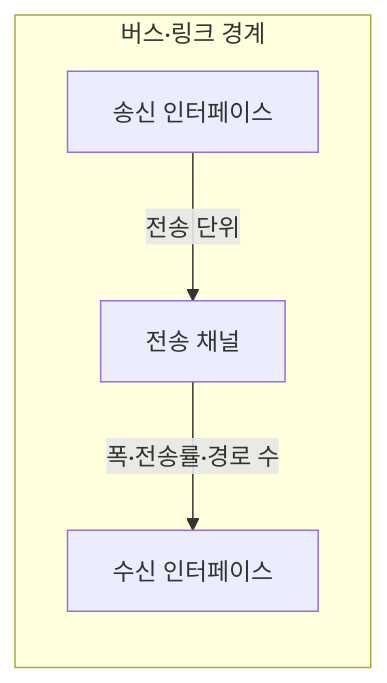
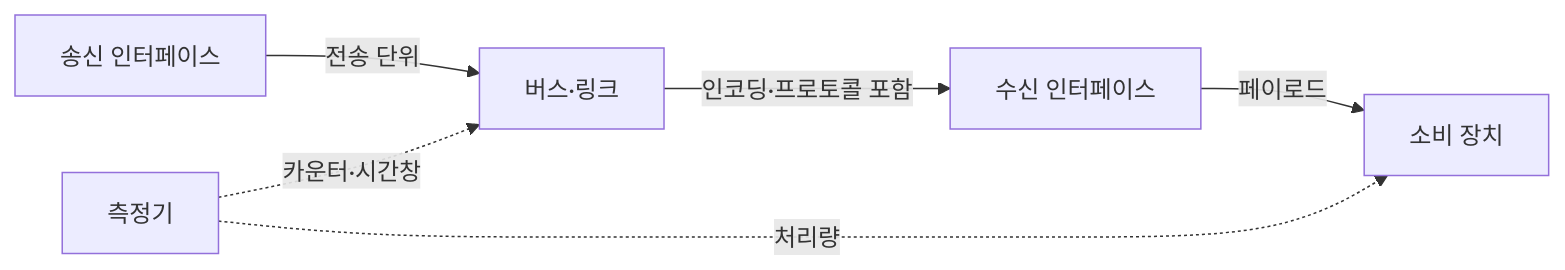
The diagram in src/content/docs/notes/02-hardware/076_bus_bandwidth.md (agnusdei1207/knowledge-base), drawn with Mermaid before and after one commit. The commit also changed other lines of this file and 6 other files, not shown here.

````diff
--- a/src/content/docs/notes/02-hardware/076_bus_bandwidth.md
+++ b/src/content/docs/notes/02-hardware/076_bus_bandwidth.md
@@ -59,10 +56,8 @@
 ```mermaid
 flowchart LR
-    subgraph BUS[버스·링크 경계]
-        T[송신 인터페이스]
-        C[전송 채널]
-        R[수신 인터페이스]
-        T -->|전송 단위| C
-        C -->|폭·전송률·경로 수| R
-    end
+    S[송신 인터페이스] -->|전송 단위| L[버스·링크]
+    L -->|인코딩·프로토콜 포함| R[수신 인터페이스]
+    R -->|페이로드| C[소비 장치]
+    M[측정기] -.->|카운터·시간창| L
+    M -.->|처리량| C
 ```
````
